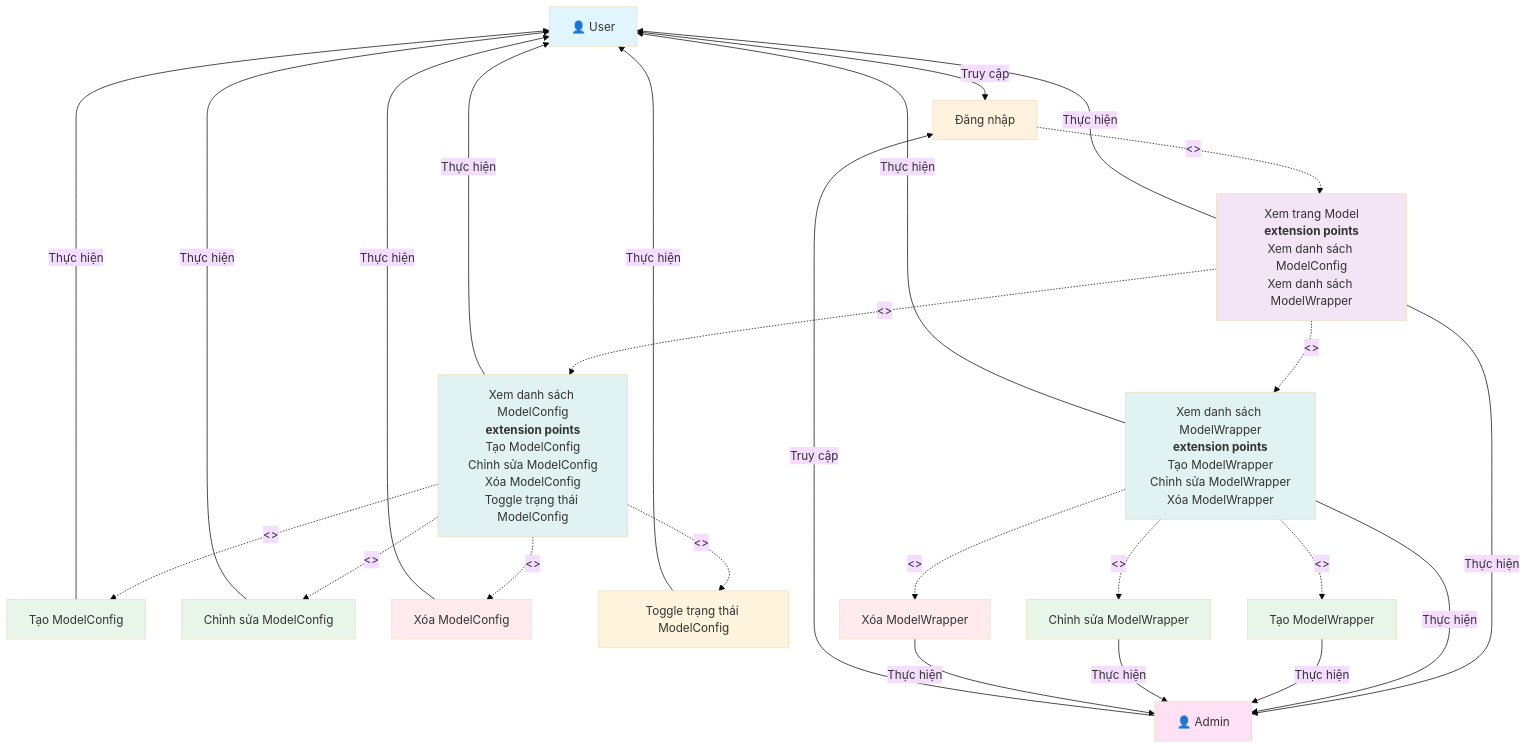
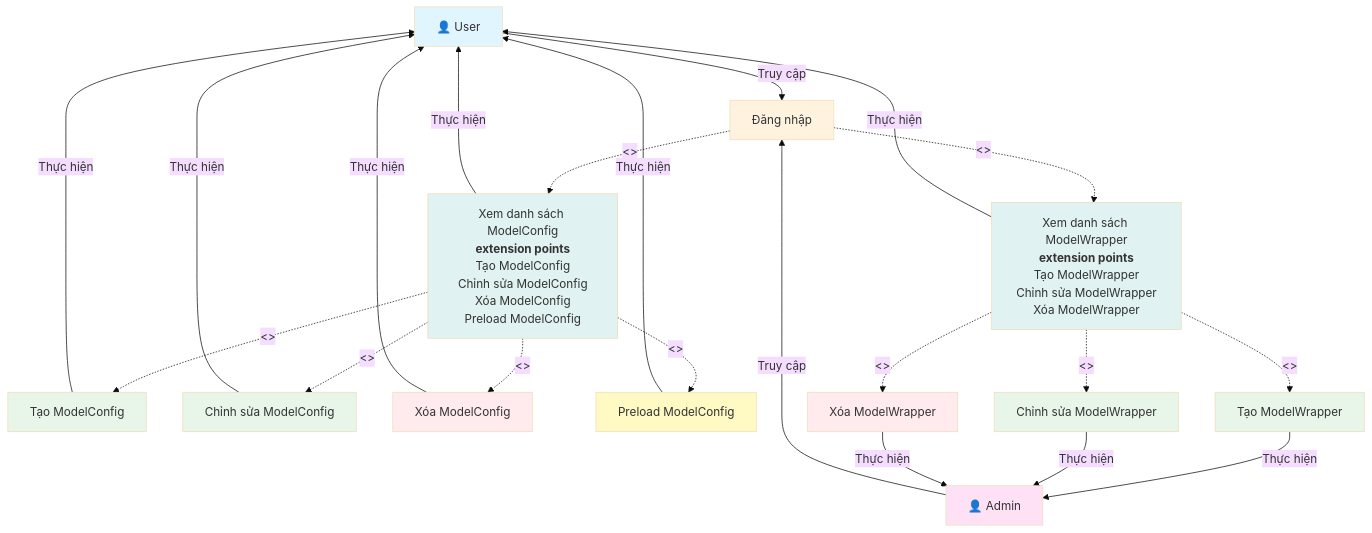
One commit to mduc-2610/gp_doc changed the diagram in model_config/1_model_config_usecase.md. Above: the diagram before and after it, drawn with Mermaid (base theme). The commit also changed other lines of this file and 54 other files, not shown here.

````diff
--- a/model_config/1_model_config_usecase.md
+++ b/model_config/1_model_config_usecase.md
@@ -3,68 +3,62 @@
 ```mermaid
 graph TB
     Actor["👤 User"]
     AdminActor["👤 Admin"]
     
     Login["Đăng nhập"]
-    AccessModelPage["Xem trang Model<br/><b>extension points</b><br/>Xem danh sách ModelConfig<br/>Xem danh sách ModelWrapper"]
     
-    ViewModelConfigList["Xem danh sách ModelConfig<br/><b>extension points</b><br/>Tạo ModelConfig<br/>Chỉnh sửa ModelConfig<br/>Xóa ModelConfig<br/>Toggle trạng thái ModelConfig"]
-    ViewWrapperList["Xem danh sách ModelWrapper<br/><b>extension points</b><br/>Tạo ModelWrapper<br/>Chỉnh sửa ModelWrapper<br/>Xóa ModelWrapper"]
-    
+    ViewModelConfigList["Xem danh sách ModelConfig<br/><b>extension points</b><br/>Tạo ModelConfig<br/>Chỉnh sửa ModelConfig<br/>Xóa ModelConfig<br/>Preload ModelConfig"]
     CreateModelConfig["Tạo ModelConfig"]
     EditModelConfig["Chỉnh sửa ModelConfig"]
     DeleteModelConfig["Xóa ModelConfig"]
-    ToggleModelConfig["Toggle trạng thái ModelConfig"]
+    PreloadModelConfig["Preload ModelConfig"]
     
+    ViewWrapperList["Xem danh sách ModelWrapper<br/><b>extension points</b><br/>Tạo ModelWrapper<br/>Chỉnh sửa ModelWrapper<br/>Xóa ModelWrapper"]
     CreateWrapper["Tạo ModelWrapper"]
     EditWrapper["Chỉnh sửa ModelWrapper"]
     DeleteWrapper["Xóa ModelWrapper"]
     
     Actor -->|Truy cập| Login
     AdminActor -->|Truy cập| Login
     
-    Login -.->|<<Include>>| AccessModelPage
-    AccessModelPage -->|Thực hiện| Actor
-    AccessModelPage -->|Thực hiện| AdminActor
+    Login -.->|<<Include>>| ViewModelConfigList
+    Login -.->|<<Include>>| ViewWrapperList
     
-    AccessModelPage -.->|<<Extend>>| ViewModelConfigList
     ViewModelConfigList -->|Thực hiện| Actor
-    
-    AccessModelPage -.->|<<Extend>>| ViewWrapperList
-    ViewWrapperList -->|Thực hiện| Actor
-    ViewWrapperList -->|Thực hiện| AdminActor
     
     ViewModelConfigList -.->|<<Extend>>| CreateModelConfig
     CreateModelConfig -->|Thực hiện| Actor
     
     ViewModelConfigList -.->|<<Extend>>| EditModelConfig
     EditModelConfig -->|Thực hiện| Actor
     
     ViewModelConfigList -.->|<<Extend>>| DeleteModelConfig
     DeleteModelConfig -->|Thực hiện| Actor
     
-    ViewModelConfigList -.->|<<Extend>>| ToggleModelConfig
-    ToggleModelConfig -->|Thực hiện| Actor
+    ViewModelConfigList -.->|<<Extend>>| PreloadModelConfig
+    PreloadModelConfig -->|Thực hiện| Actor
+    
+    ViewWrapperList -->|Thực hiện| Actor
     
     ViewWrapperList -.->|<<Extend>>| CreateWrapper
     CreateWrapper -->|Thực hiện| AdminActor
     
     ViewWrapperList -.->|<<Extend>>| EditWrapper
     EditWrapper -->|Thực hiện| AdminActor
     
     ViewWrapperList -.->|<<Extend>>| DeleteWrapper
     DeleteWrapper -->|Thực hiện| AdminActor
     
     style Actor fill:#e1f5ff
     style AdminActor fill:#ffe1f5
     style Login fill:#fff3e0
-    style AccessModelPage fill:#f3e5f5
     style ViewModelConfigList fill:#e0f2f1
     style ViewWrapperList fill:#e0f2f1
+    style CreateModelConfig fill:#e8f5e9
     style EditModelConfig fill:#e8f5e9
-    style CreateModelConfig fill:#e8f5e9
     style DeleteModelConfig fill:#ffebee
+    style PreloadModelConfig fill:#fff9c4
+    style CreateWrapper fill:#e8f5e9
     style EditWrapper fill:#e8f5e9
-    style CreateWrapper fill:#e8f5e9
     style DeleteWrapper fill:#ffebee
 ```
````
